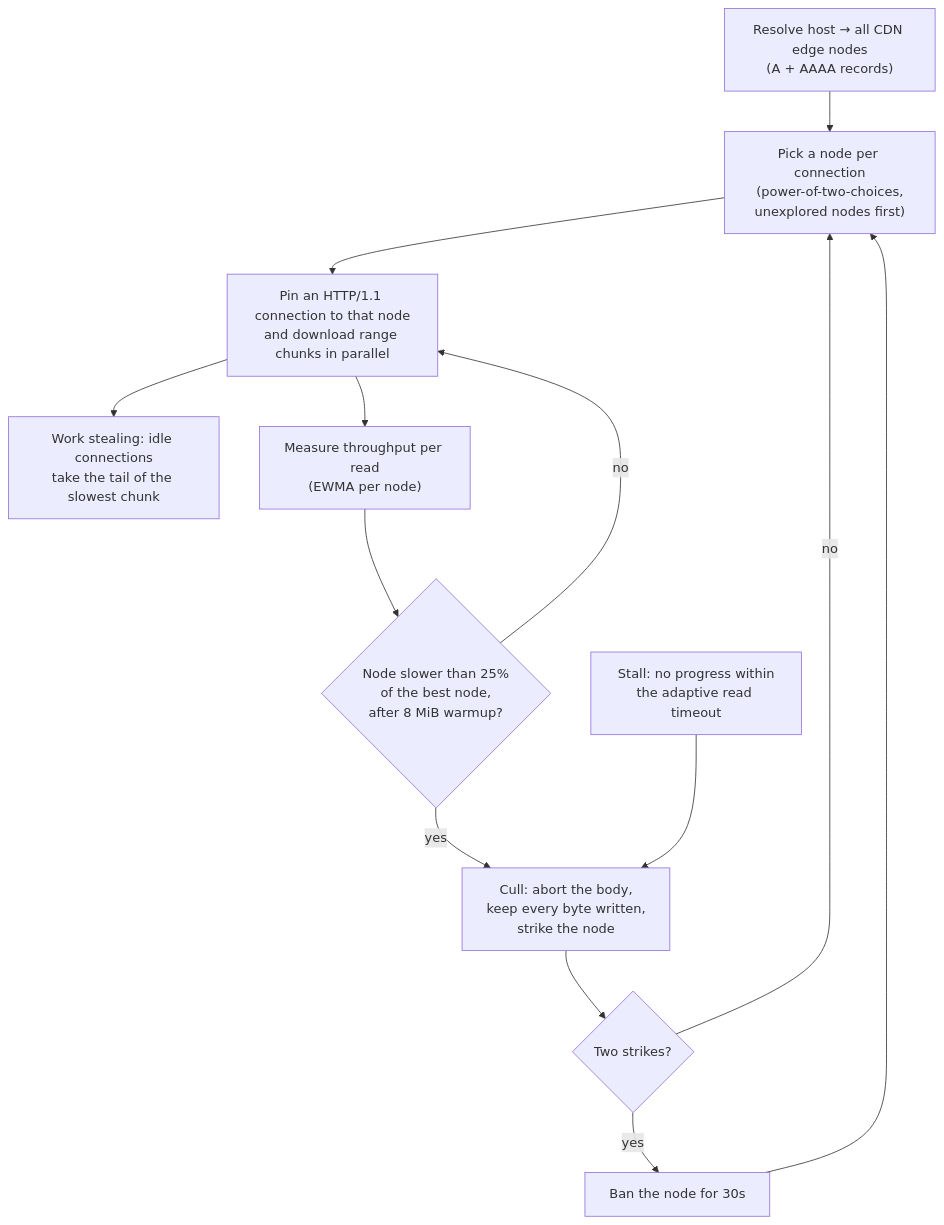
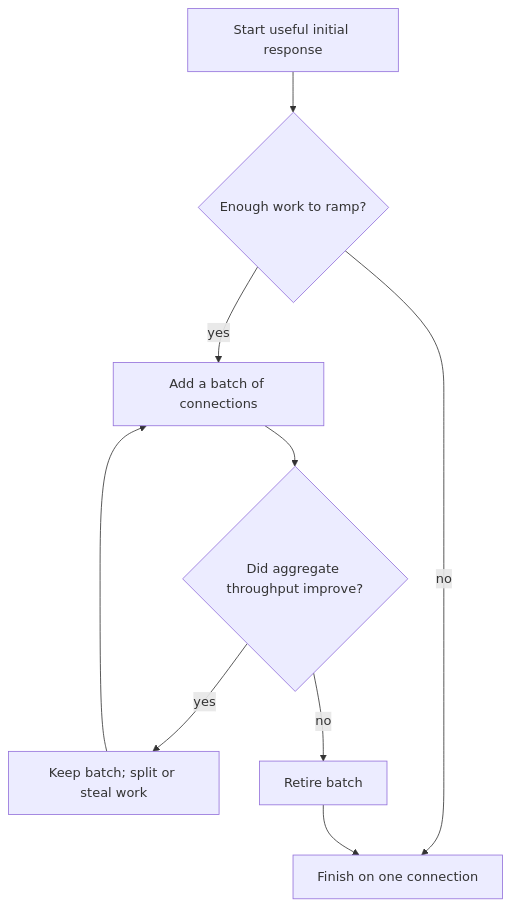
The diagram in README.md (blacktop/go-download), drawn with Mermaid before and after one commit. The commit also changed other lines of this file and 20 other files, not shown here.

Commit message:
refactor: simplify adaptive download engine

````diff
--- a/README.md
+++ b/README.md
@@ -26,15 +27,11 @@
 ```mermaid
 flowchart TD
-    A["Resolve host → all CDN edge nodes<br/>(A + AAAA records)"] --> B["Pick a node per connection<br/>(power-of-two-choices,<br/>unexplored nodes first)"]
-    B --> C["Pin an HTTP/1.1 connection to that node<br/>and download range chunks in parallel"]
-    C --> D["Work stealing: idle connections<br/>take the tail of the slowest chunk"]
-    C --> E["Measure throughput per read<br/>(EWMA per node)"]
-    E --> F{"Node slower than 25%<br/>of the best node,<br/>after 8 MiB warmup?"}
-    F -- "no" --> C
-    F -- "yes" --> G["Cull: abort the body,<br/>keep every byte written,<br/>strike the node"]
-    H["Stall: no progress within<br/>the adaptive read timeout"] --> G
-    G --> I{"Two strikes?"}
-    I -- "yes" --> J["Ban the node for 30s"]
-    I -- "no" --> B
-    J --> B
+    A["Start useful initial response"] --> B{"Enough work to ramp?"}
+    B -- "no" --> C["Finish on one connection"]
+    B -- "yes" --> D["Add a batch of connections"]
+    D --> E{"Did aggregate throughput improve?"}
+    E -- "yes" --> F["Keep batch; split or steal work"]
+    F --> D
+    E -- "no" --> G["Retire batch"]
+    G --> C
 ```
````
